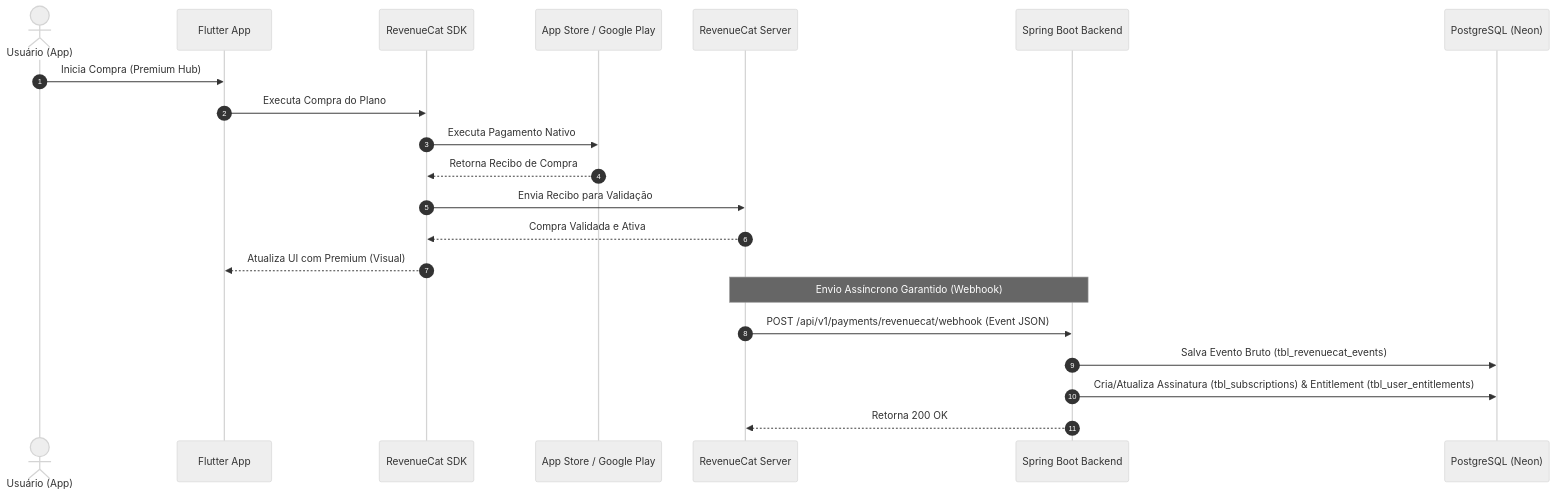
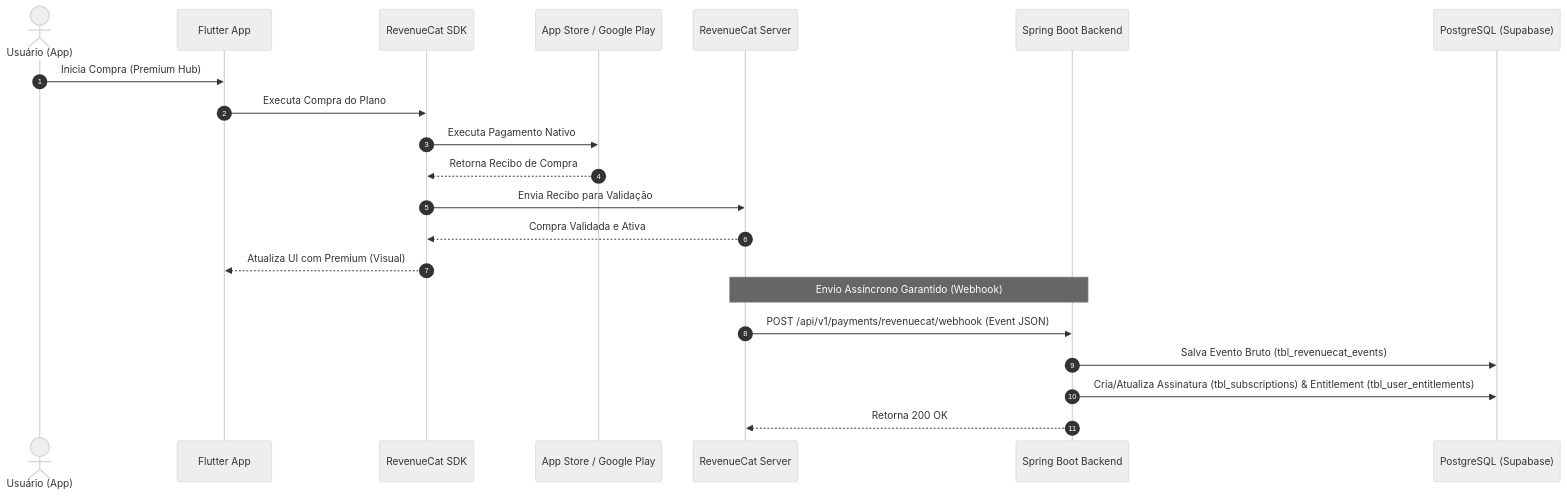
One commit to lvmp/ligadospalpites-core changed the diagram in docs/adr/0009-revenuecat-webhook-integration.md. Above: the diagram before and after it, drawn with Mermaid (neutral theme). The commit also changed 18 other files, not shown here.

Commit message:
docs(persistence): migrate relational database standardization from Neon to Supabase PostgreSQL

````diff
--- a/docs/adr/0009-revenuecat-webhook-integration.md
+++ b/docs/adr/0009-revenuecat-webhook-integration.md
@@ -33,25 +33,25 @@
 ```mermaid
 sequenceDiagram
     autonumber
     actor User as Usuário (App)
     participant Flutter as Flutter App
     participant RC_SDK as RevenueCat SDK
     participant Store as App Store / Google Play
     participant RC_Server as RevenueCat Server
     participant Backend as Spring Boot Backend
-    participant DB as PostgreSQL (Neon)
+    participant DB as PostgreSQL (Supabase)
 
     User->>Flutter: Inicia Compra (Premium Hub)
     Flutter->>RC_SDK: Executa Compra do Plano
     RC_SDK->>Store: Executa Pagamento Nativo
     Store-->>RC_SDK: Retorna Recibo de Compra
     RC_SDK->>RC_Server: Envia Recibo para Validação
     RC_Server-->>RC_SDK: Compra Validada e Ativa
     RC_SDK-->>Flutter: Atualiza UI com Premium (Visual)
     
     Note over RC_Server, Backend: Envio Assíncrono Garantido (Webhook)
     RC_Server->>Backend: POST /api/v1/payments/revenuecat/webhook (Event JSON)
     Backend->>DB: Salva Evento Bruto (tbl_revenuecat_events)
     Backend->>DB: Cria/Atualiza Assinatura (tbl_subscriptions) & Entitlement (tbl_user_entitlements)
     Backend-->>RC_Server: Retorna 200 OK
 ```
````
